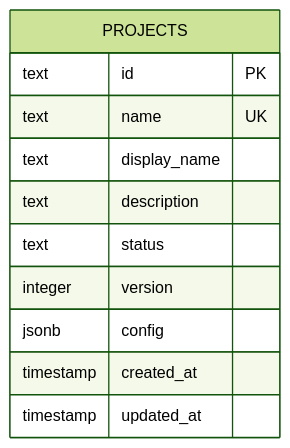
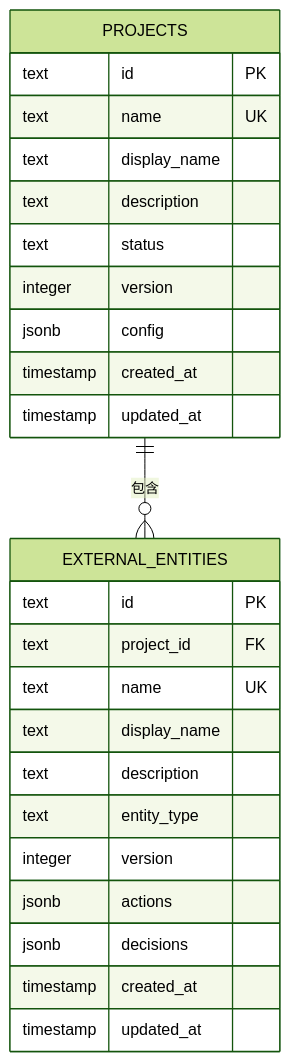
The fifth of 7 diagrams in .qoder/repowiki/zh/content/核心模块/项目管理模块.md (kai-cui1/ai-prototype-manager), drawn with Mermaid (forest theme) before and after one commit. The commit also changed other lines of this file and 173 other files, not shown here.

````diff
--- a/.qoder/repowiki/zh/content/核心模块/项目管理模块.md
+++ b/.qoder/repowiki/zh/content/核心模块/项目管理模块.md
@@ -214,14 +253,28 @@
 ```mermaid
 erDiagram
 PROJECTS {
 text id PK
 text name UK
 text display_name
 text description
 text status
 integer version
 jsonb config
 timestamp created_at
 timestamp updated_at
 }
+EXTERNAL_ENTITIES {
+text id PK
+text project_id FK
+text name UK
+text display_name
+text description
+text entity_type
+integer version
+jsonb actions
+jsonb decisions
+timestamp created_at
+timestamp updated_at
+}
+PROJECTS ||--o{ EXTERNAL_ENTITIES : "包含"
 ```
````
